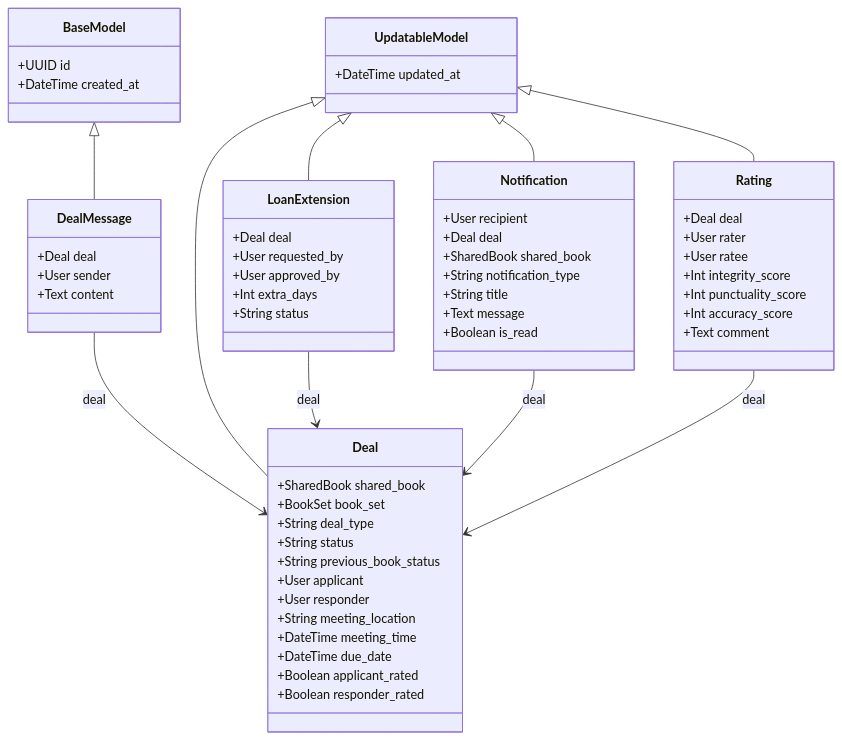
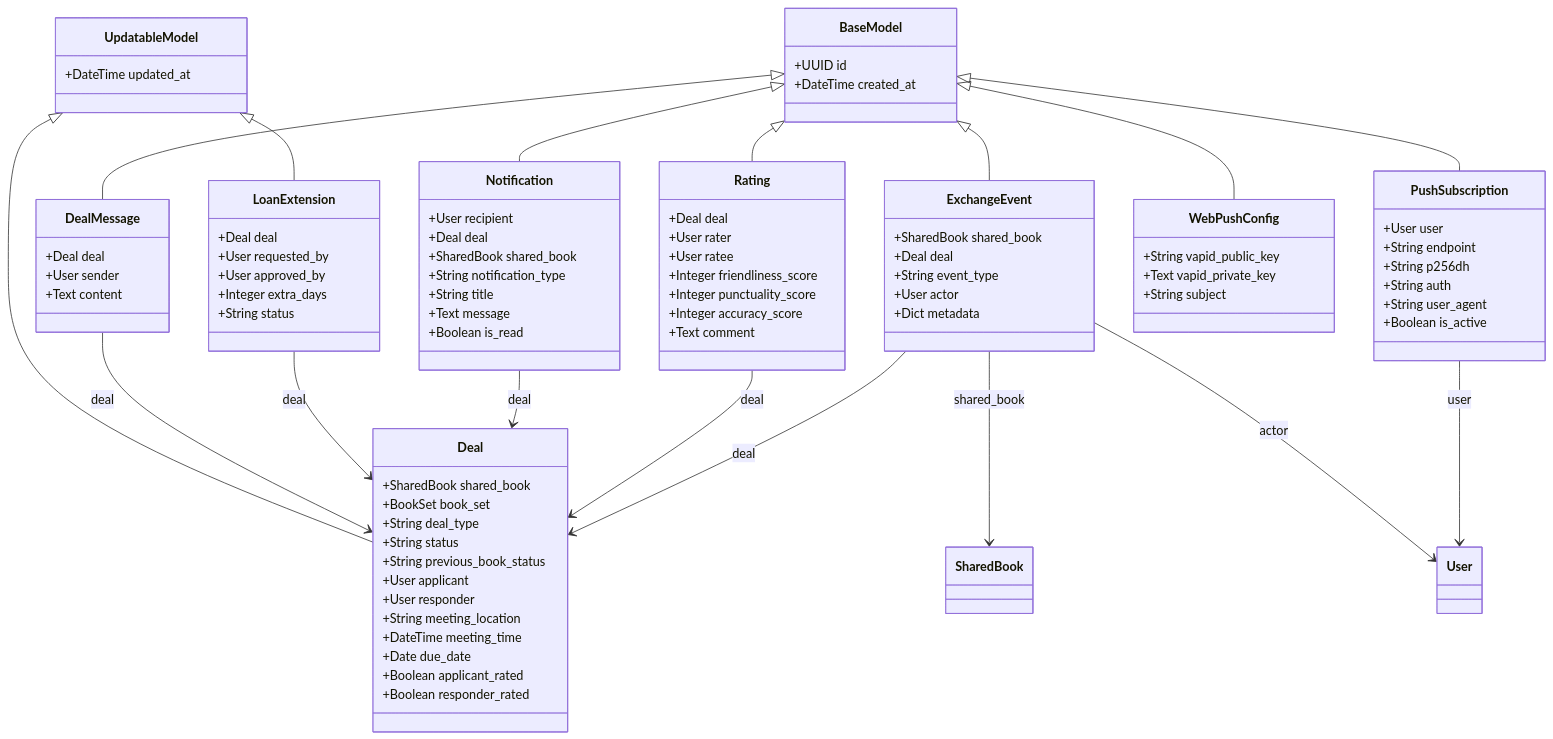
The fifth of 5 diagrams in docs/class-diagram.md (lucashsu95/exbooks), drawn with Mermaid before and after one commit. The commit also changed other lines of this file and 9 other files, not shown here.

````diff
--- a/docs/class-diagram.md
+++ b/docs/class-diagram.md
@@ -255,7 +494,7 @@
         +User responder
         +String meeting_location
         +DateTime meeting_time
-        +DateTime due_date
+        +Date due_date
         +Boolean applicant_rated
         +Boolean responder_rated
     }
@@ -270,7 +509,7 @@
         +Deal deal
         +User requested_by
         +User approved_by
-        +Int extra_days
+        +Integer extra_days
         +String status
     }
 
@@ -288,20 +527,50 @@
         +Deal deal
         +User rater
         +User ratee
-        +Int integrity_score
-        +Int punctuality_score
-        +Int accuracy_score
+        +Integer friendliness_score
+        +Integer punctuality_score
+        +Integer accuracy_score
         +Text comment
+    }
+
+    class ExchangeEvent {
+        +SharedBook shared_book
+        +Deal deal
+        +String event_type
+        +User actor
+        +Dict metadata
+    }
+
+    class PushSubscription {
+        +User user
+        +String endpoint
+        +String p256dh
+        +String auth
+        +String user_agent
+        +Boolean is_active
+    }
+
+    class WebPushConfig {
+        +String vapid_public_key
+        +Text vapid_private_key
+        +String subject
     }
 
     UpdatableModel <|-- Deal
     UpdatableModel <|-- LoanExtension
-    UpdatableModel <|-- Notification
-    UpdatableModel <|-- Rating
     BaseModel <|-- DealMessage
+    BaseModel <|-- Notification
+    BaseModel <|-- Rating
+    BaseModel <|-- ExchangeEvent
+    BaseModel <|-- PushSubscription
+    BaseModel <|-- WebPushConfig
 
     DealMessage --> Deal : deal
     LoanExtension --> Deal : deal
     Notification --> Deal : deal
     Rating --> Deal : deal
+    ExchangeEvent --> SharedBook : shared_book
+    ExchangeEvent --> Deal : deal
+    ExchangeEvent --> User : actor
+    PushSubscription --> User : user
 ```
````
